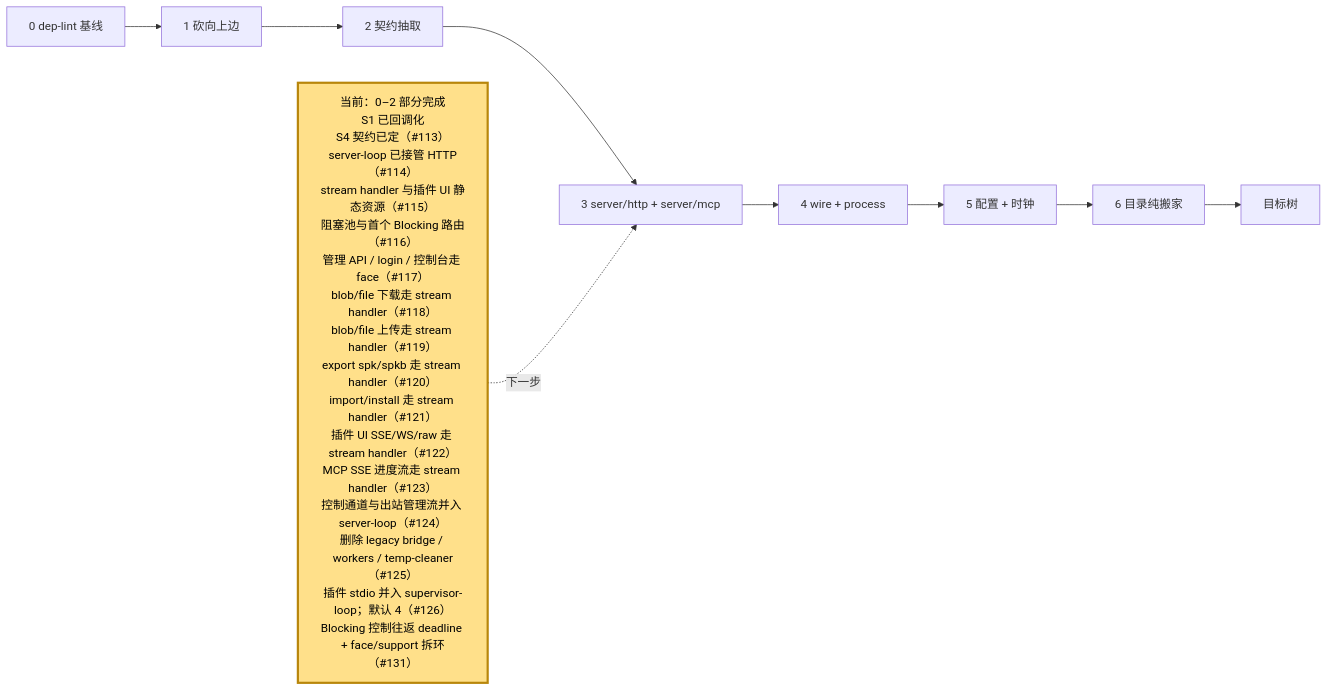
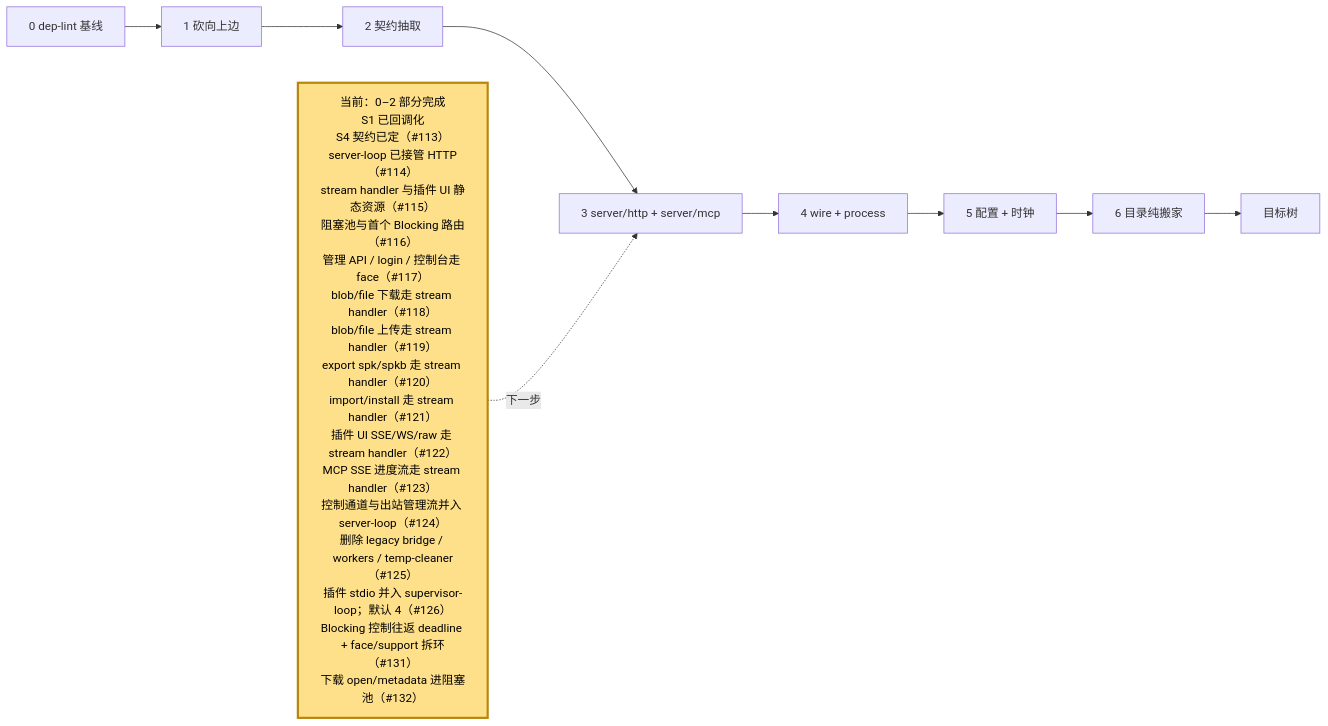
Before and after one commit to webxxxxx/plugin-manager: the fifth of 5 diagrams in docs/architecture.md, drawn with Mermaid. The commit also changed other lines of this file and 5 other files, not shown here.

First line of the commit message:
feat(server): 下载 open/metadata 移进阻塞池 (#132)

````diff
--- a/docs/architecture.md
+++ b/docs/architecture.md
@@ -379,15 +379,15 @@
 ```mermaid
 flowchart LR
     S0["0 dep-lint 基线"] --> S1["1 砍向上边"]
     S1 --> S2["2 契约抽取"]
     S2 --> S3["3 server/http + server/mcp"]
     S3 --> S4["4 wire + process"]
     S4 --> S5["5 配置 + 时钟"]
     S5 --> S6["6 目录纯搬家"]
     S6 --> DONE["目标树"]
 
-    NOW["当前：0–2 部分完成<br/>S1 已回调化<br/>S4 契约已定（#113）<br/>server-loop 已接管 HTTP（#114）<br/>stream handler 与插件 UI 静态资源（#115）<br/>阻塞池与首个 Blocking 路由（#116）<br/>管理 API / login / 控制台走 face（#117）<br/>blob/file 下载走 stream handler（#118）<br/>blob/file 上传走 stream handler（#119）<br/>export spk/spkb 走 stream handler（#120）<br/>import/install 走 stream handler（#121）<br/>插件 UI SSE/WS/raw 走 stream handler（#122）<br/>MCP SSE 进度流走 stream handler（#123）<br/>控制通道与出站管理流并入 server-loop（#124）<br/>删除 legacy bridge / workers / temp-cleaner（#125）<br/>插件 stdio 并入 supervisor-loop；默认 4（#126）<br/>Blocking 控制往返 deadline + face/support 拆环（#131）"]:::current
+    NOW["当前：0–2 部分完成<br/>S1 已回调化<br/>S4 契约已定（#113）<br/>server-loop 已接管 HTTP（#114）<br/>stream handler 与插件 UI 静态资源（#115）<br/>阻塞池与首个 Blocking 路由（#116）<br/>管理 API / login / 控制台走 face（#117）<br/>blob/file 下载走 stream handler（#118）<br/>blob/file 上传走 stream handler（#119）<br/>export spk/spkb 走 stream handler（#120）<br/>import/install 走 stream handler（#121）<br/>插件 UI SSE/WS/raw 走 stream handler（#122）<br/>MCP SSE 进度流走 stream handler（#123）<br/>控制通道与出站管理流并入 server-loop（#124）<br/>删除 legacy bridge / workers / temp-cleaner（#125）<br/>插件 stdio 并入 supervisor-loop；默认 4（#126）<br/>Blocking 控制往返 deadline + face/support 拆环（#131）<br/>下载 open/metadata 进阻塞池（#132）"]:::current
     NOW -.->|下一步| S3
 
     classDef current fill:#ffe08a,stroke:#b8860b,stroke-width:3px,color:#000
 ```
````
